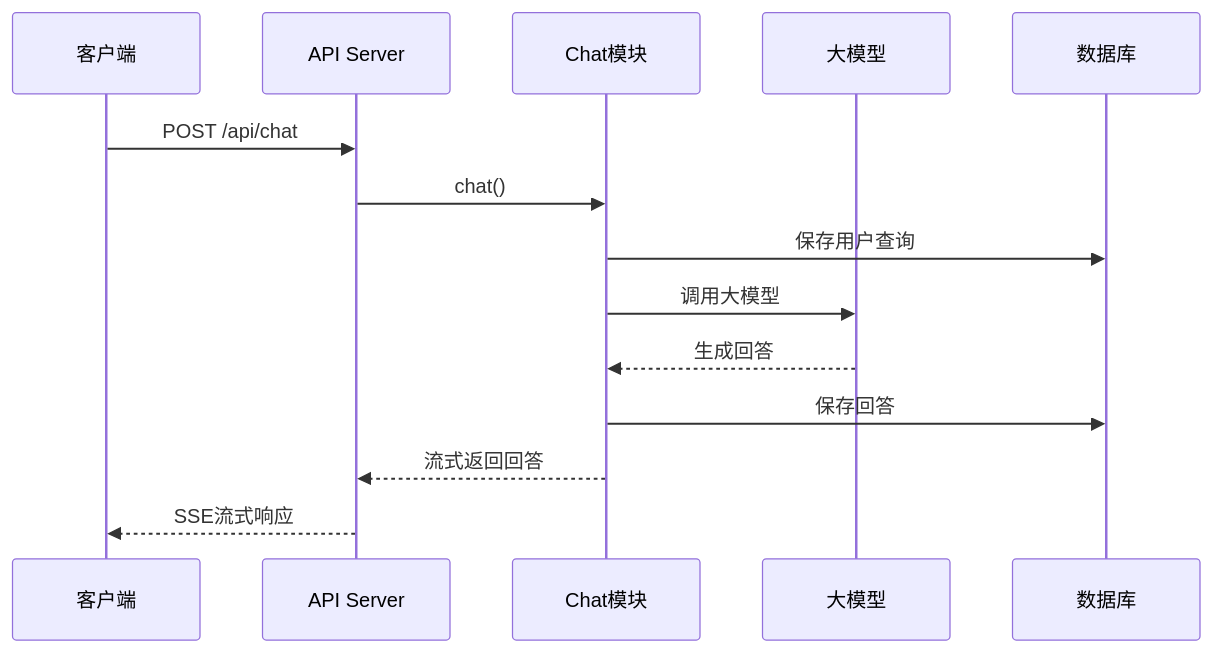
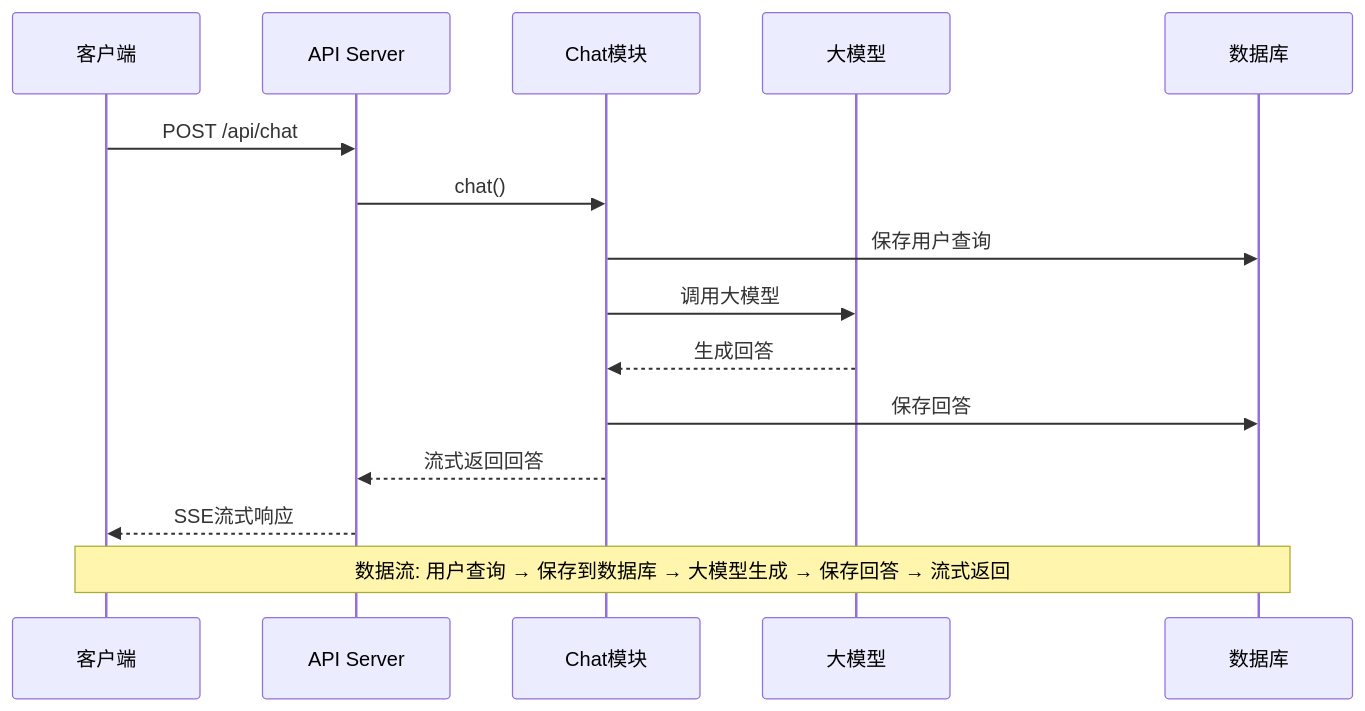
Before and after one commit to amuqiao/fufan-chat-api-example: the second of 7 diagrams in Fufan Chat API 项目架构分析.md, drawn with Mermaid. The commit also changed other lines of this file and 1 other file, not shown here.

````diff
--- a/Fufan Chat API 项目架构分析.md
+++ b/Fufan Chat API 项目架构分析.md
@@ -105,17 +105,19 @@
 ```mermaid
 sequenceDiagram
     participant Client as 客户端
     participant API as API Server
     participant Chat as Chat模块
     participant Model as 大模型
     participant DB as 数据库
     
     Client->>API: POST /api/chat
     API->>Chat: chat()
     Chat->>DB: 保存用户查询
     Chat->>Model: 调用大模型
     Model-->>Chat: 生成回答
     Chat->>DB: 保存回答
     Chat-->>API: 流式返回回答
     API-->>Client: SSE流式响应
+    
+    Note over Client,DB: 数据流: 用户查询 → 保存到数据库 → 大模型生成 → 保存回答 → 流式返回
 ```
````
